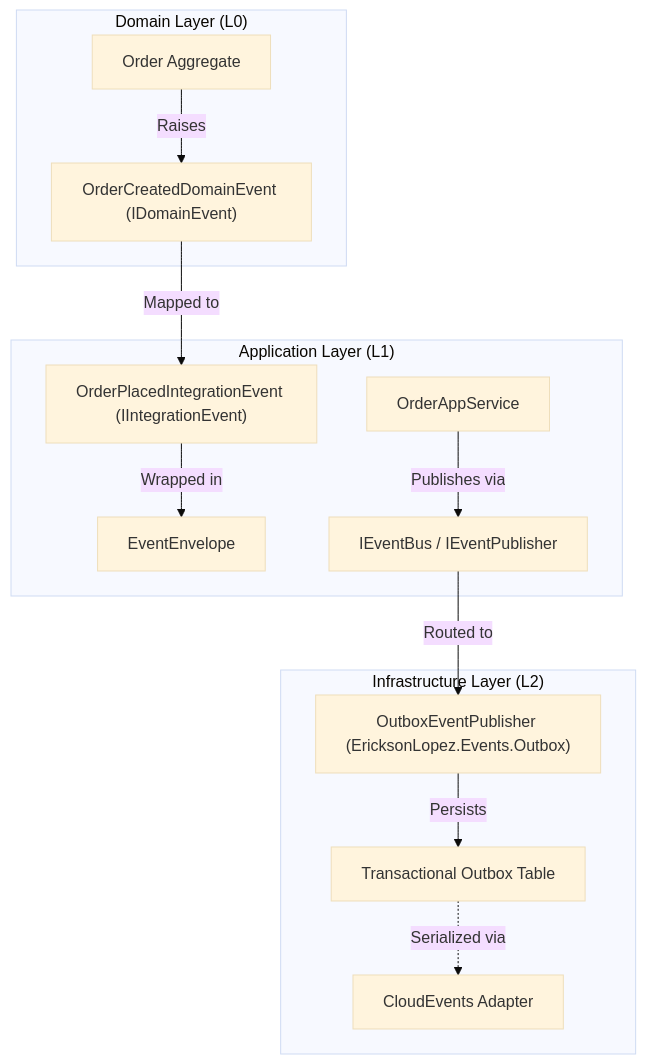
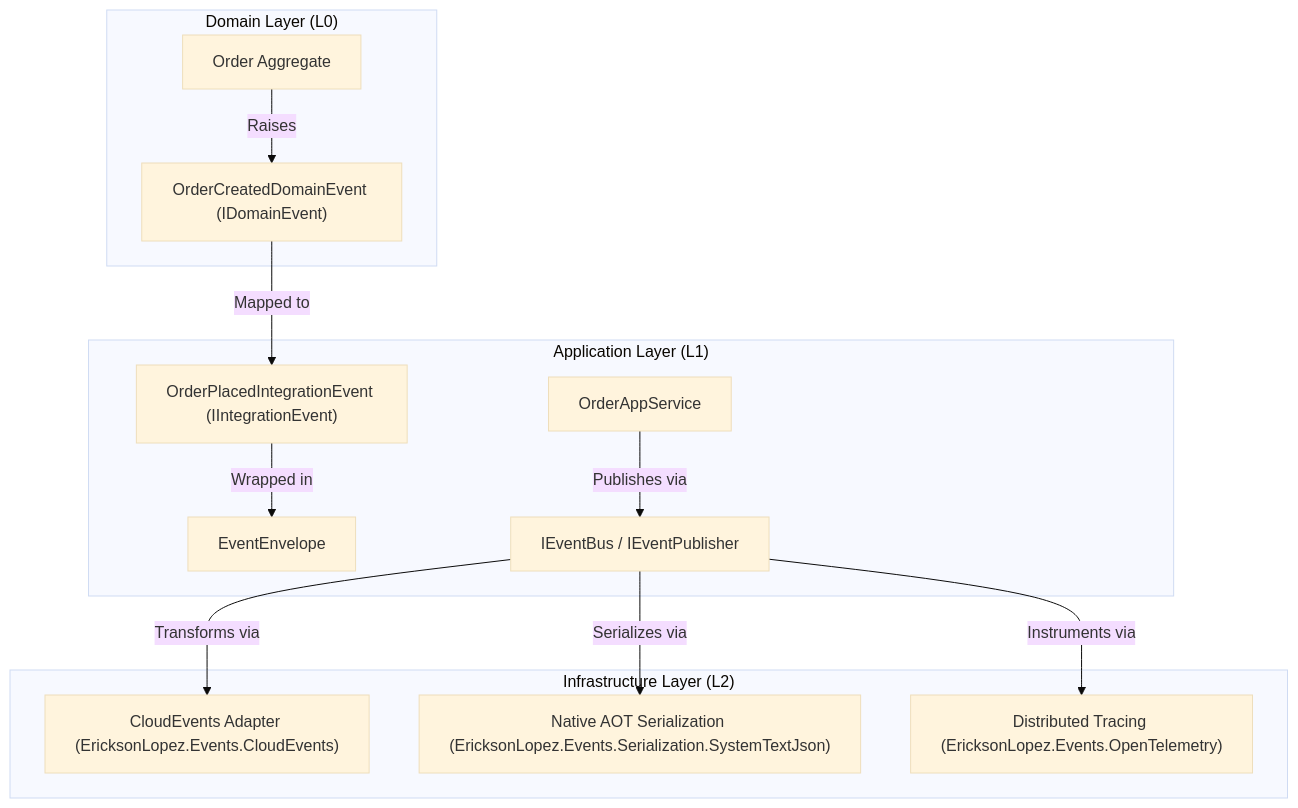
Before and after one commit to ericksonlopezf/dotnet-events: the third of 4 diagrams in docs/architecture/overview.md, drawn with Mermaid (base theme). The commit also changed other lines of this file and 342 other files, not shown here.

````diff
--- a/docs/architecture/overview.md
+++ b/docs/architecture/overview.md
@@ -130,29 +124,29 @@
 ```mermaid
 graph TD
     subgraph Domain["Domain Layer (L0)"]
         Aggregate["Order Aggregate"]
         DomainEvent["OrderCreatedDomainEvent (IDomainEvent)"]
         Aggregate -->|"Raises"| DomainEvent
     end
 
     subgraph Application["Application Layer (L1)"]
         AppService["OrderAppService"]
         IntegEvent["OrderPlacedIntegrationEvent (IIntegrationEvent)"]
         Envelope["EventEnvelope<OrderPlacedIntegrationEvent>"]
         Bus["IEventBus / IEventPublisher"]
 
         DomainEvent -->|"Mapped to"| IntegEvent
         IntegEvent -->|"Wrapped in"| Envelope
         AppService -->|"Publishes via"| Bus
     end
 
     subgraph Infrastructure["Infrastructure Layer (L2)"]
-        Outbox["OutboxEventPublisher (EricksonLopez.Events.Outbox)"]
-        OutboxStore["Transactional Outbox Table"]
-        CloudEvents["CloudEvents Adapter"]
+        CloudEvents["CloudEvents Adapter (EricksonLopez.Events.CloudEvents)"]
+        STJConv["Native AOT Serialization (EricksonLopez.Events.Serialization.SystemTextJson)"]
+        OTel["Distributed Tracing (EricksonLopez.Events.OpenTelemetry)"]
 
-        Bus -->|"Routed to"| Outbox
-        Outbox -->|"Persists"| OutboxStore
-        OutboxStore -.->|"Serialized via"| CloudEvents
+        Bus -->|"Transforms via"| CloudEvents
+        Bus -->|"Serializes via"| STJConv
+        Bus -->|"Instruments via"| OTel
     end
 ```
````
